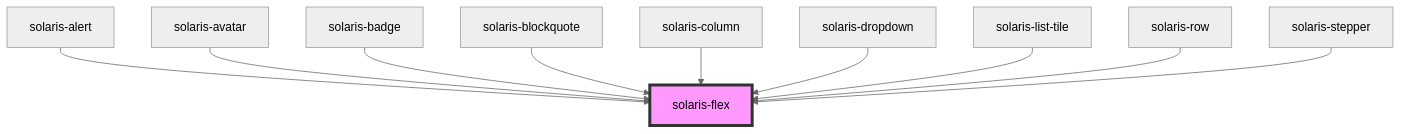
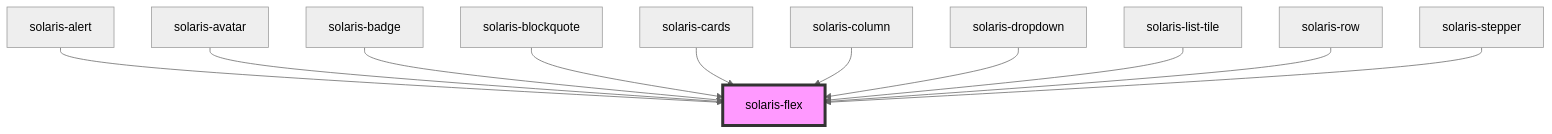
The diagram in packages/solaris-core/src/components/solaris-flex/readme.md (Lynxgsm/solaris-design-system), drawn with Mermaid (neutral theme) before and after one commit. The commit also changed other lines of this file and 68 other files, not shown here.

````diff
--- a/packages/solaris-core/src/components/solaris-flex/readme.md
+++ b/packages/solaris-core/src/components/solaris-flex/readme.md
@@ -34,13 +35,14 @@
 ```mermaid
 graph TD;
   solaris-alert --> solaris-flex
   solaris-avatar --> solaris-flex
   solaris-badge --> solaris-flex
   solaris-blockquote --> solaris-flex
+  solaris-cards --> solaris-flex
   solaris-column --> solaris-flex
   solaris-dropdown --> solaris-flex
   solaris-list-tile --> solaris-flex
   solaris-row --> solaris-flex
   solaris-stepper --> solaris-flex
   style solaris-flex fill:#f9f,stroke:#333,stroke-width:4px
 ```
````
